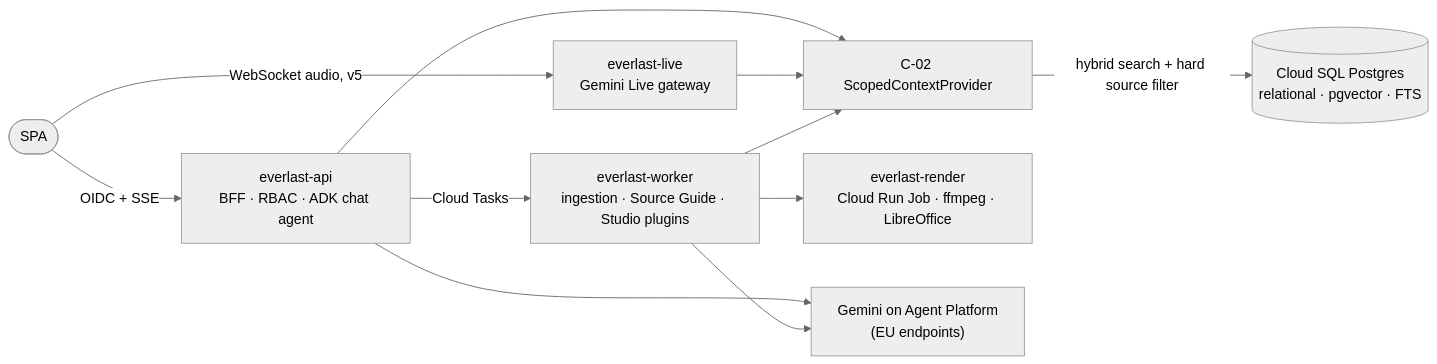
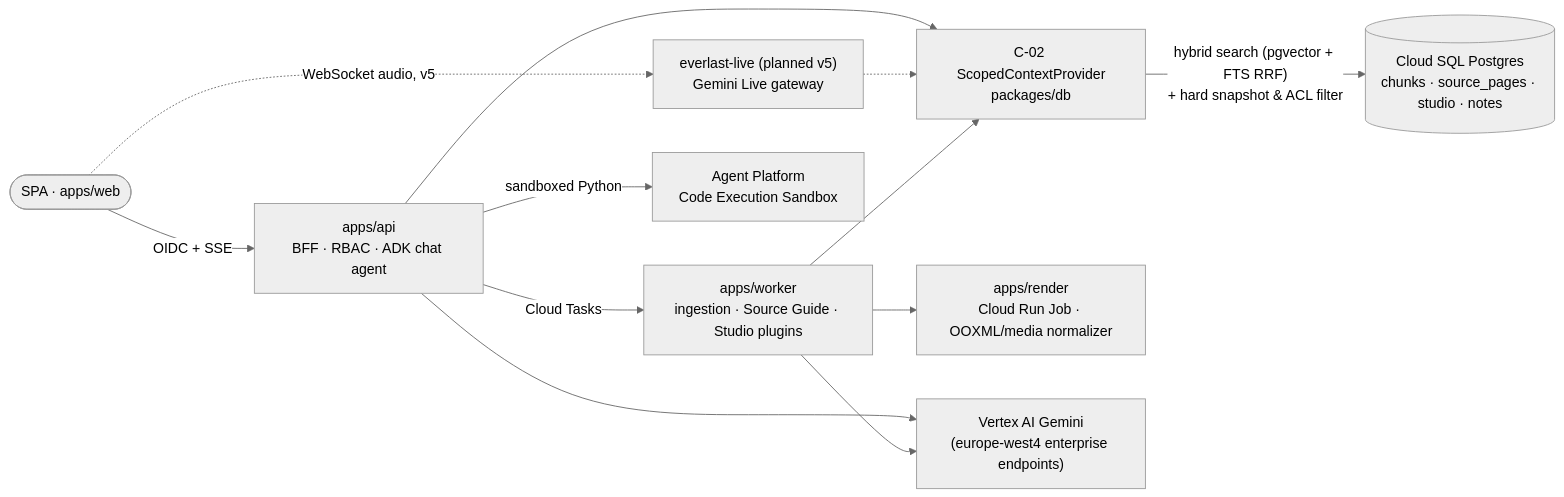
One commit to lukas-zech-software/everlast-lm changed the second of 2 diagrams in README.md. Above: the diagram before and after it, drawn with Mermaid (neutral theme). The commit also changed other lines of this file, not shown here.

````diff
--- a/README.md
+++ b/README.md
@@ -253,13 +137,14 @@
 ```mermaid
 graph LR
-    U([SPA]) -->|OIDC + SSE| API["everlast-api<br/>BFF · RBAC · ADK chat agent"]
-    U -->|WebSocket audio, v5| LIVE["everlast-live<br/>Gemini Live gateway"]
-    API --> SCP["C-02 ScopedContextProvider"]
-    LIVE --> SCP
-    API -->|Cloud Tasks| WRK["everlast-worker<br/>ingestion · Source Guide · Studio plugins"]
+    U([SPA · apps/web]) -->|OIDC + SSE| API["apps/api<br/>BFF · RBAC · ADK chat agent"]
+    U -.->|WebSocket audio, v5| LIVE["everlast-live (planned v5)<br/>Gemini Live gateway"]
+    API --> SCP["C-02 ScopedContextProvider<br/>packages/db"]
+    LIVE -.-> SCP
+    API -->|Cloud Tasks| WRK["apps/worker<br/>ingestion · Source Guide · Studio plugins"]
     WRK --> SCP
-    WRK --> RND["everlast-render<br/>Cloud Run Job · ffmpeg · LibreOffice"]
-    SCP -->|"hybrid search + hard source filter"| SQL[("Cloud SQL Postgres<br/>relational · pgvector · FTS")]
-    API --> GEM["Gemini on Agent Platform<br/>(EU endpoints)"]
+    WRK --> RND["apps/render<br/>Cloud Run Job · OOXML/media normalizer"]
+    SCP -->|"hybrid search (pgvector + FTS RRF)<br/>+ hard snapshot & ACL filter"| SQL[("Cloud SQL Postgres<br/>chunks · source_pages · studio · notes")]
+    API --> GEM["Vertex AI Gemini<br/>(europe-west4 enterprise endpoints)"]
     WRK --> GEM
+    API -->|sandboxed Python| SBX["Agent Platform<br/>Code Execution Sandbox"]
 ```
````
